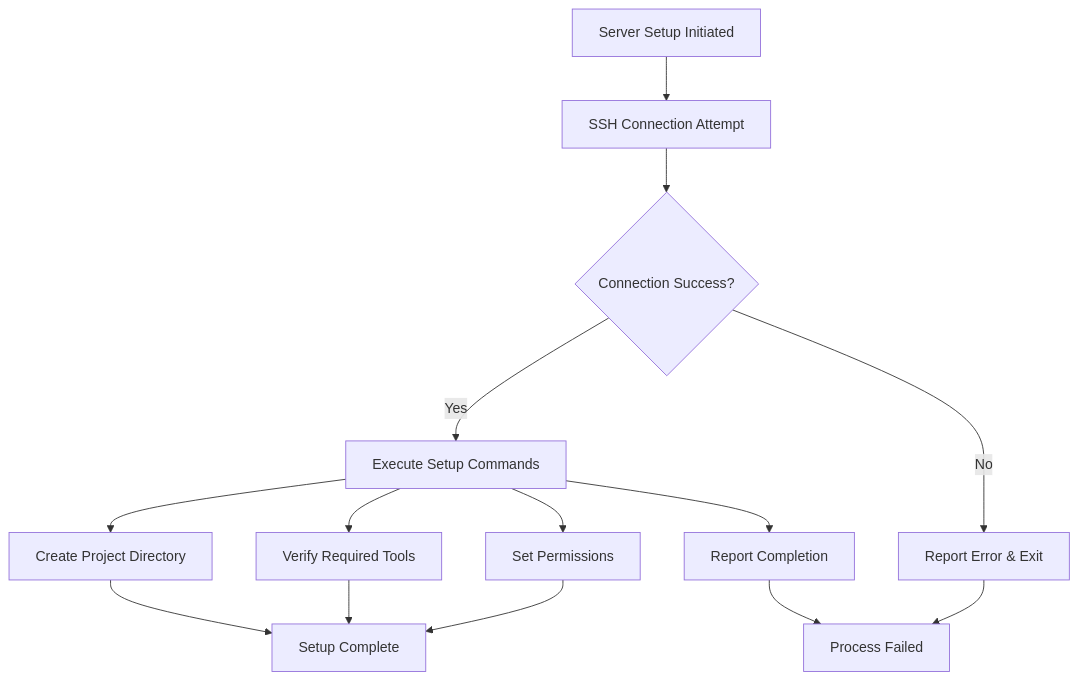
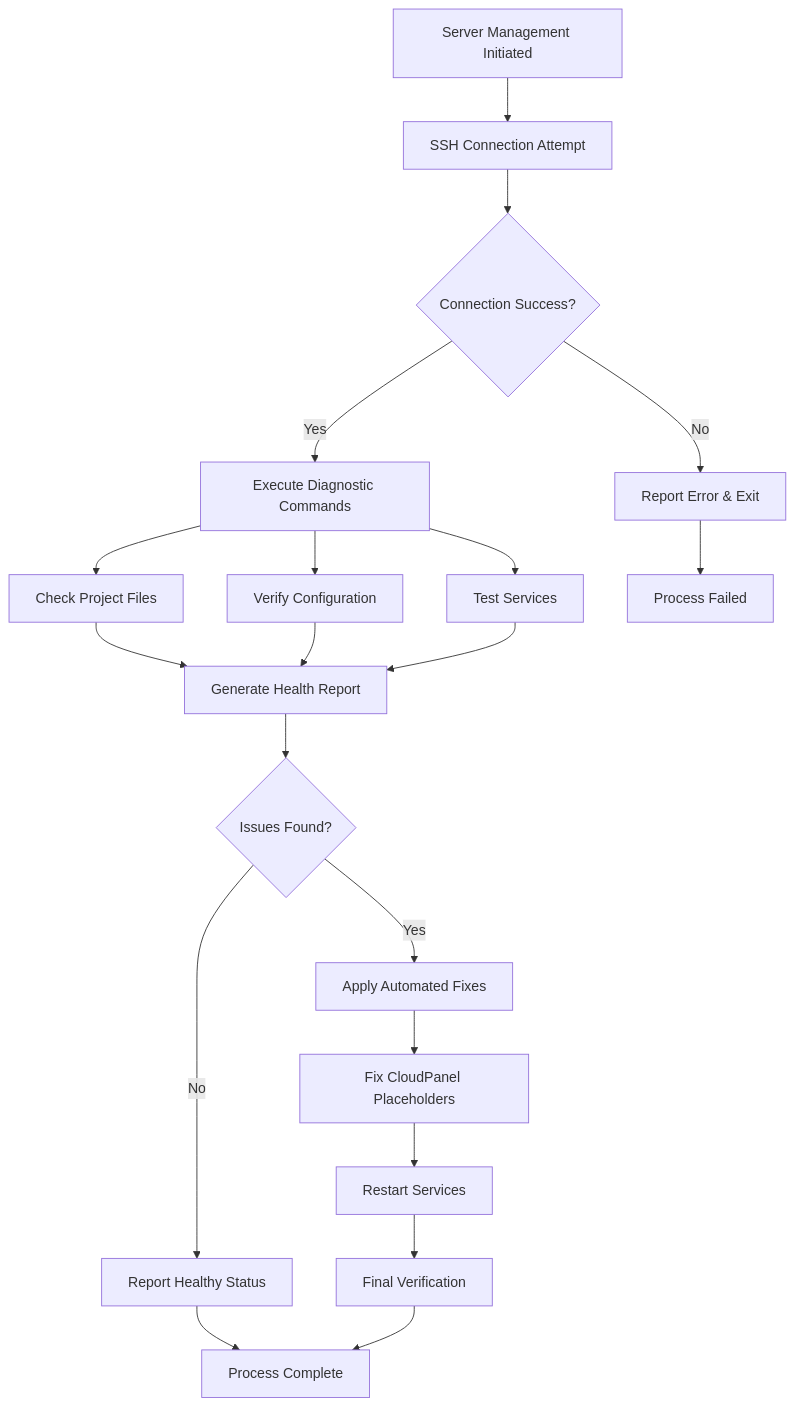
Before and after one commit to rakeshmaity271/frankie-picasso: the eighth of 9 diagrams in .qoder/repowiki/en/content/Development Tools.md, drawn with Mermaid. The commit also changed other lines of this file and 29 other files, not shown here.

````diff
--- a/.qoder/repowiki/en/content/Development Tools.md
+++ b/.qoder/repowiki/en/content/Development Tools.md
@@ -380,16 +397,22 @@
 ```mermaid
 flowchart TD
-A["Server Setup Initiated"] --> B["SSH Connection Attempt"]
+A["Server Management Initiated"] --> B["SSH Connection Attempt"]
 B --> C{"Connection Success?"}
-C --> |Yes| D["Execute Setup Commands"]
+C --> |Yes| D["Execute Diagnostic Commands"]
 C --> |No| E["Report Error & Exit"]
-D --> F["Create Project Directory"]
-D --> G["Verify Required Tools"]
-D --> H["Set Permissions"]
-D --> I["Report Completion"]
-F --> J["Setup Complete"]
-G --> J
-H --> J
-E --> K["Process Failed"]
-I --> K
+D --> F["Check Project Files"]
+D --> G["Verify Configuration"]
+D --> H["Test Services"]
+F --> I["Generate Health Report"]
+G --> I
+H --> I
+I --> J{"Issues Found?"}
+J --> |Yes| K["Apply Automated Fixes"]
+J --> |No| L["Report Healthy Status"]
+K --> M["Fix CloudPanel Placeholders"]
+M --> N["Restart Services"]
+N --> O["Final Verification"]
+L --> P["Process Complete"]
+O --> P
+E --> Q["Process Failed"]
 ```
````
